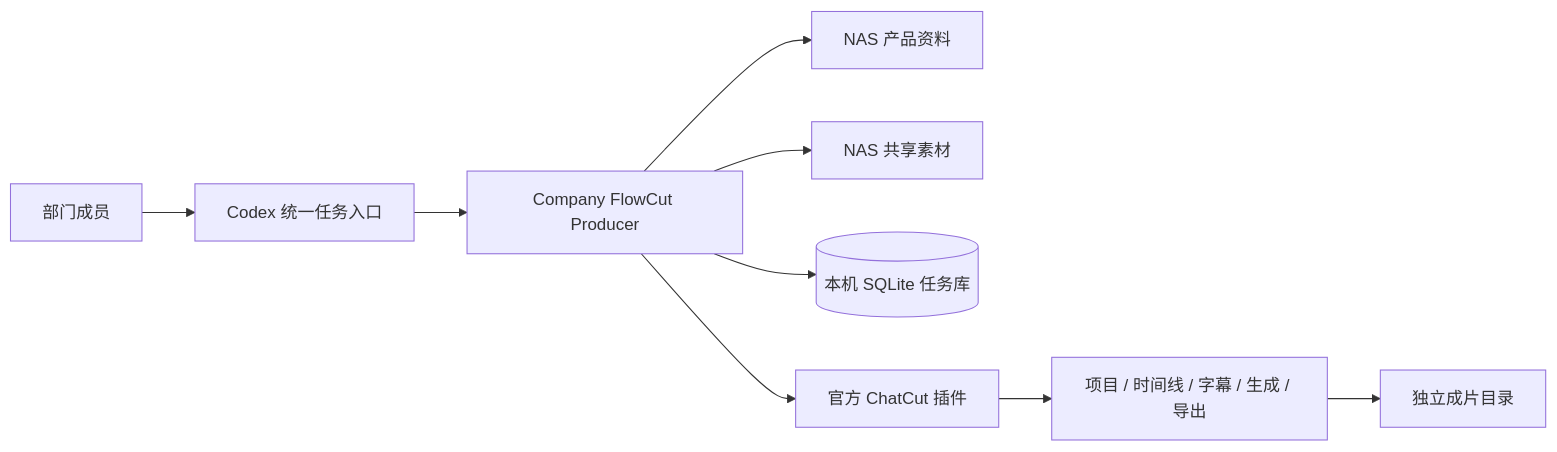
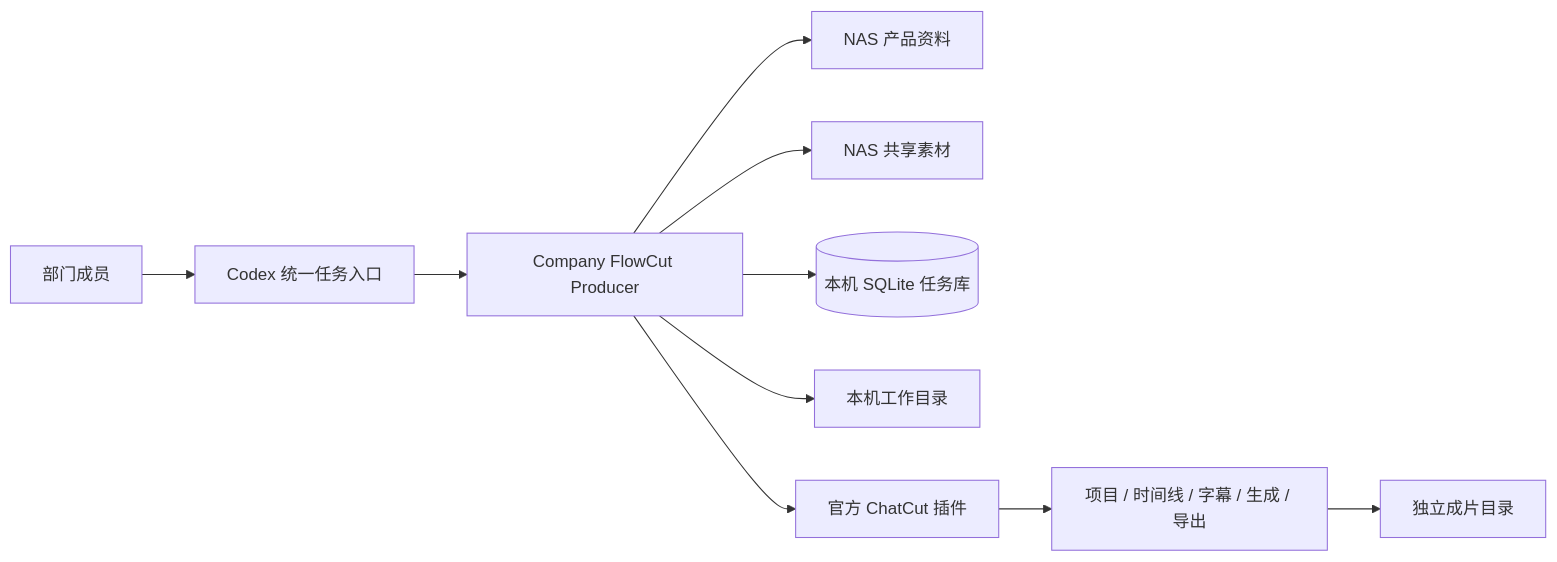
One commit to zmq18560817115-eng/shipinskill changed the diagram in plugins/company-flowcut-producer/docs/system-architecture.md. Above: the diagram before and after it, drawn with Mermaid. The commit also changed other lines of this file and 15 other files, not shown here.

````diff
--- a/plugins/company-flowcut-producer/docs/system-architecture.md
+++ b/plugins/company-flowcut-producer/docs/system-architecture.md
@@ -11,11 +11,12 @@
 ```mermaid
 flowchart LR
     U[部门成员] --> C[Codex 统一任务入口]
     C --> P[Company FlowCut Producer]
     P --> K[NAS 产品资料]
     P --> A[NAS 共享素材]
     P --> S[(本机 SQLite 任务库)]
+    P --> W[本机工作目录]
     P --> X[官方 ChatCut 插件]
     X --> T[项目 / 时间线 / 字幕 / 生成 / 导出]
     T --> O[独立成片目录]
 ```
````
